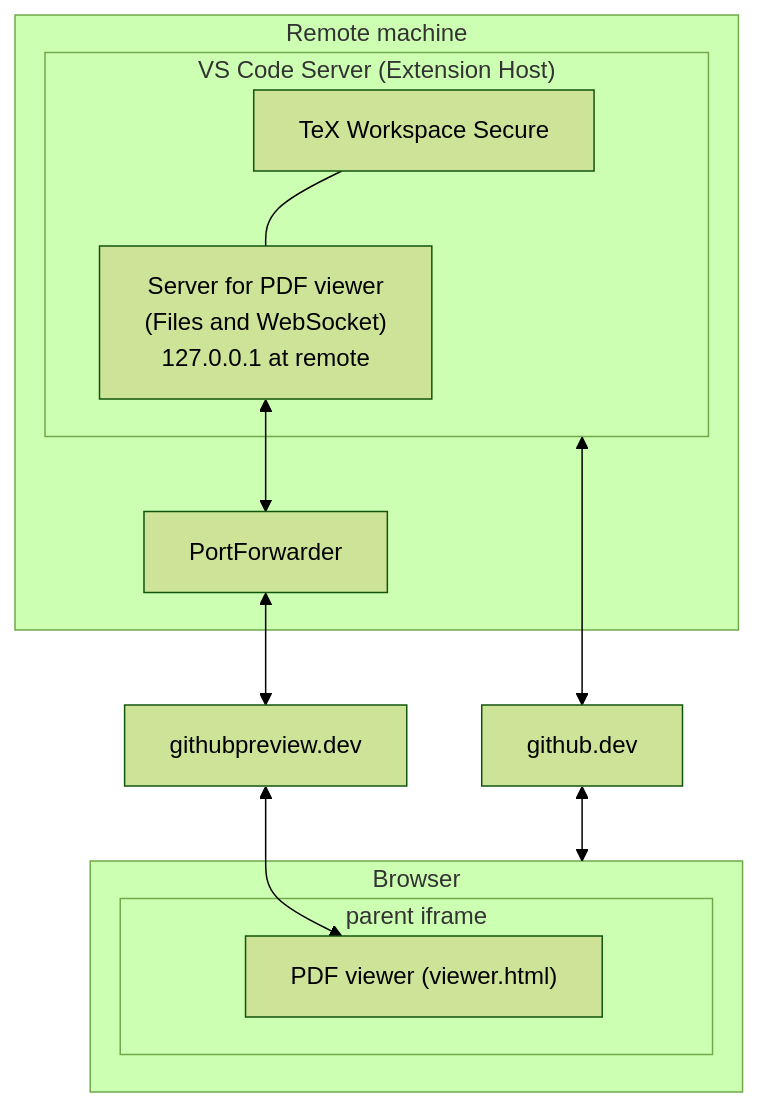
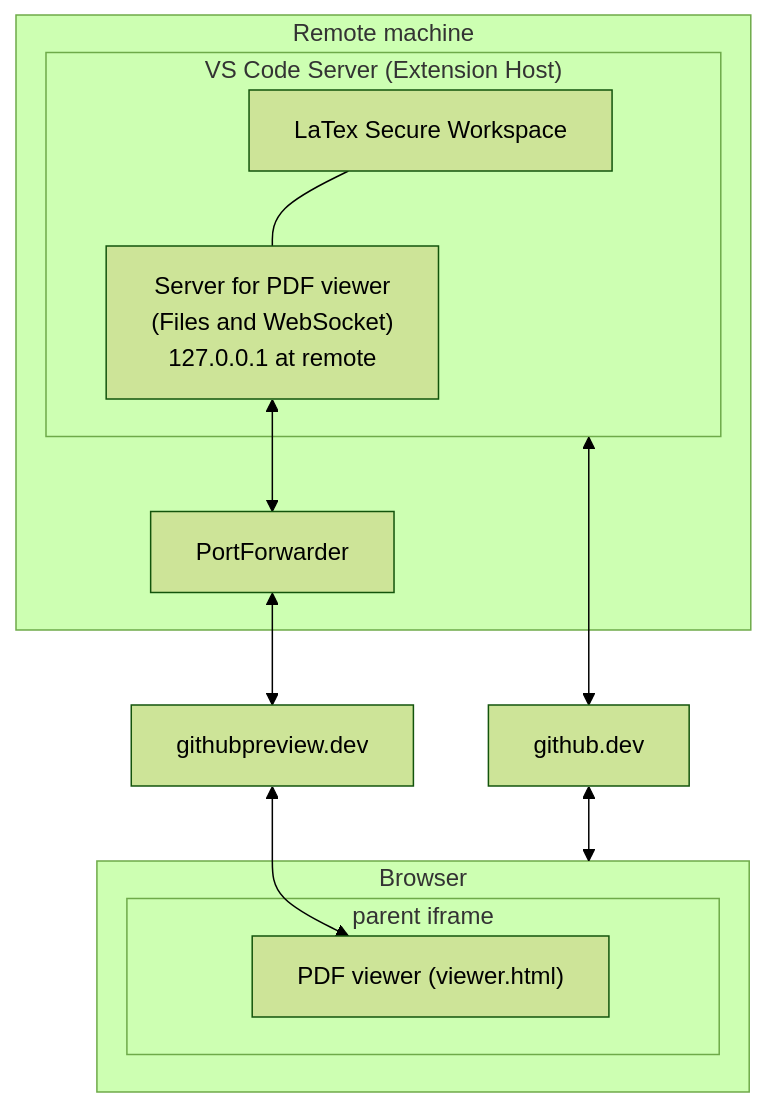
The tenth of 10 diagrams in viewer/README.md (James-Yu/LaTeX-Workshop), drawn with Mermaid (forest theme) before and after one commit. The commit also changed other lines of this file and 35 other files, not shown here.

````diff
--- a/viewer/README.md
+++ b/viewer/README.md
@@ -223,23 +223,23 @@
 ```mermaid
 flowchart TB
   subgraph Remote["Remote machine"]
     subgraph ExtensionHost["VS Code Server (Extension Host)"]
-      LW["TeX Workspace Secure"]
+      LW["LaTex Secure Workspace"]
       Server["Server for PDF viewer\n(Files and WebSocket)\n127.0.0.1 at remote"]
       LW --- Server
     end
     PortForwarder
   end
   GitHub["github.dev"]
   GitHubPreview["githubpreview.dev"]
   subgraph Browser
     subgraph WebView["parent iframe"]
       PDFViewer["PDF viewer (viewer.html)"]
     end
   end
   ExtensionHost <--> GitHub
   Server <--> PortForwarder
   PortForwarder <--> GitHubPreview
   GitHub <--> Browser
   GitHubPreview <--> PDFViewer
 ```
````
